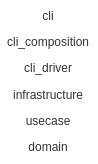
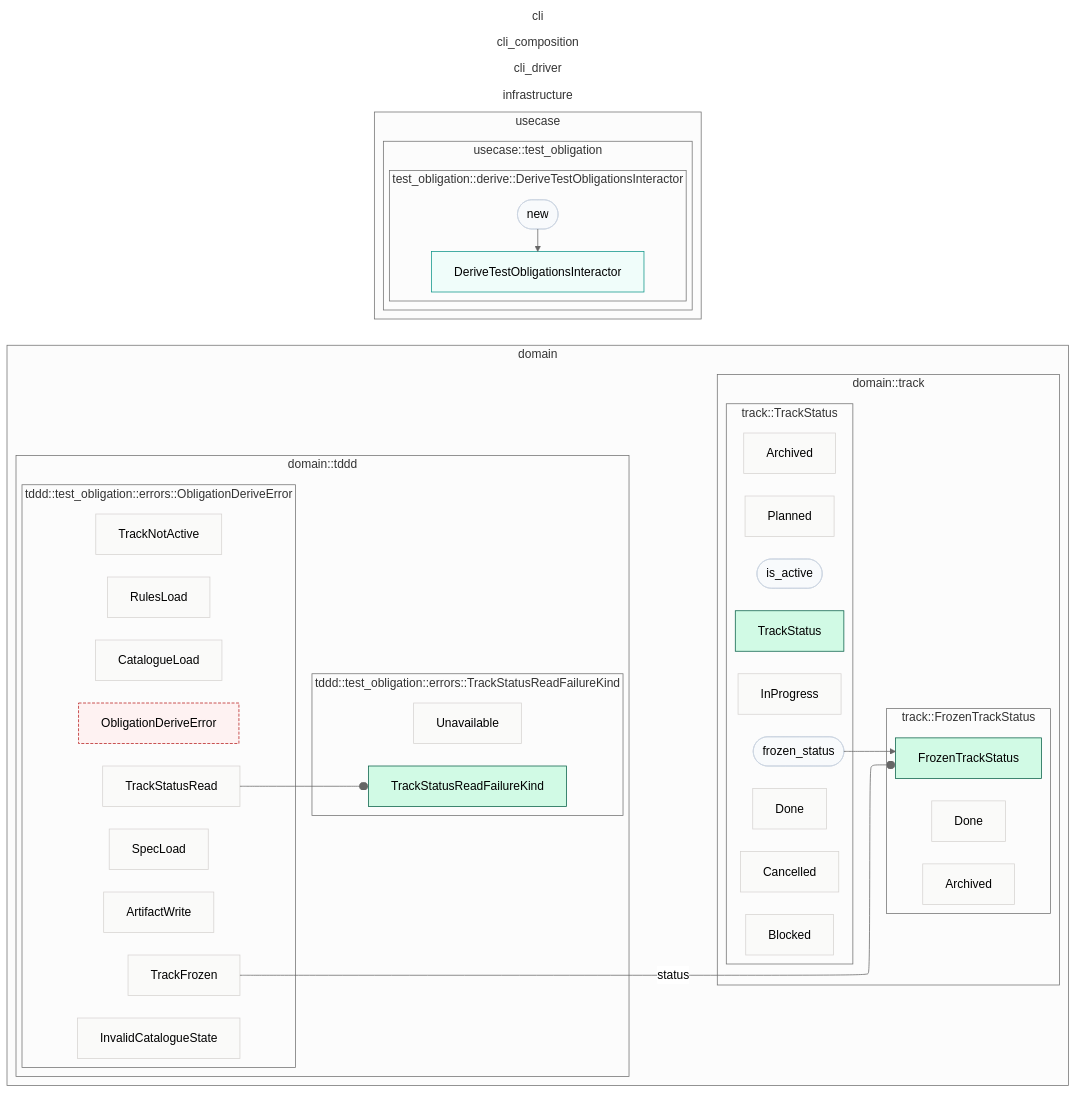
One commit to Flip451/SoTOHE-core changed the diagram in track/items/2026-08-01-deterministic-json-serialization/contract-map.md. Above: the diagram before and after it, drawn with Mermaid (neutral theme). The commit also changed 37 other files, not shown here.

Commit message:
feat(json): stabilize TDDD artifact serialization

````diff
--- a/track/items/2026-08-01-deterministic-json-serialization/contract-map.md
+++ b/track/items/2026-08-01-deterministic-json-serialization/contract-map.md
@@ -34,9 +34,58 @@
 classDef variant_node fill:#fafaf9,stroke:#d6d3d1,stroke-width:1px
 subgraph domain["domain"]
   direction TB
+  subgraph domain_domain_module_tddd["domain::tddd"]
+    direction TB
+  subgraph T35_domain_domain_ObligationDeriveError["tddd::test_obligation::errors::ObligationDeriveError"]
+    direction TB
+    T35_domain_domain_ObligationDeriveError__self[ObligationDeriveError]
+    T35_domain_domain_ObligationDeriveError_RulesLoad[RulesLoad]
+    T35_domain_domain_ObligationDeriveError_TrackNotActive[TrackNotActive]
+    T35_domain_domain_ObligationDeriveError_TrackFrozen[TrackFrozen]
+    T35_domain_domain_ObligationDeriveError_TrackStatusRead[TrackStatusRead]
+    T35_domain_domain_ObligationDeriveError_CatalogueLoad[CatalogueLoad]
+    T35_domain_domain_ObligationDeriveError_SpecLoad[SpecLoad]
+    T35_domain_domain_ObligationDeriveError_InvalidCatalogueState[InvalidCatalogueState]
+    T35_domain_domain_ObligationDeriveError_ArtifactWrite[ArtifactWrite]
+  end
+  subgraph T40_domain_domain_TrackStatusReadFailureKind["tddd::test_obligation::errors::TrackStatusReadFailureKind"]
+    direction TB
+    T40_domain_domain_TrackStatusReadFailureKind__self[TrackStatusReadFailureKind]
+    T40_domain_domain_TrackStatusReadFailureKind_Unavailable[Unavailable]
+  end
+  end
+  subgraph domain_domain_module_track["domain::track"]
+    direction TB
+  subgraph T31_domain_domain_FrozenTrackStatus["track::FrozenTrackStatus"]
+    direction TB
+    T31_domain_domain_FrozenTrackStatus__self[FrozenTrackStatus]
+    T31_domain_domain_FrozenTrackStatus_Done[Done]
+    T31_domain_domain_FrozenTrackStatus_Archived[Archived]
+  end
+  subgraph T25_domain_domain_TrackStatus["track::TrackStatus"]
+    direction TB
+    T25_domain_domain_TrackStatus__self[TrackStatus]
+    T25_domain_domain_TrackStatus_Planned[Planned]
+    T25_domain_domain_TrackStatus_InProgress[InProgress]
+    T25_domain_domain_TrackStatus_Done[Done]
+    T25_domain_domain_TrackStatus_Blocked[Blocked]
+    T25_domain_domain_TrackStatus_Cancelled[Cancelled]
+    T25_domain_domain_TrackStatus_Archived[Archived]
+    T25_domain_domain_TrackStatus_is_active([is_active])
+    T25_domain_domain_TrackStatus_frozen_status([frozen_status])
+  end
+  end
 end
 subgraph usecase["usecase"]
   direction TB
+  subgraph usecase_usecase_module_test_obligation["usecase::test_obligation"]
+    direction TB
+  subgraph T47_usecase_usecase_DeriveTestObligationsInteractor["test_obligation::derive::DeriveTestObligationsInteractor"]
+    direction TB
+    T47_usecase_usecase_DeriveTestObligationsInteractor__self[DeriveTestObligationsInteractor]
+    T47_usecase_usecase_DeriveTestObligationsInteractor_new([new])
+  end
+  end
 end
 subgraph infrastructure["infrastructure"]
   direction TB
@@ -50,4 +99,33 @@
 subgraph cli["cli"]
   direction TB
 end
+T35_domain_domain_ObligationDeriveError_TrackFrozen --o|status| T31_domain_domain_FrozenTrackStatus__self
+T35_domain_domain_ObligationDeriveError_TrackStatusRead --o T40_domain_domain_TrackStatusReadFailureKind__self
+T25_domain_domain_TrackStatus_frozen_status --> T31_domain_domain_FrozenTrackStatus__self
+T47_usecase_usecase_DeriveTestObligationsInteractor_new --> T47_usecase_usecase_DeriveTestObligationsInteractor__self
+class T35_domain_domain_ObligationDeriveError_RulesLoad variant_node
+class T35_domain_domain_ObligationDeriveError_TrackNotActive variant_node
+class T35_domain_domain_ObligationDeriveError_TrackFrozen variant_node
+class T35_domain_domain_ObligationDeriveError_TrackStatusRead variant_node
+class T35_domain_domain_ObligationDeriveError_CatalogueLoad variant_node
+class T35_domain_domain_ObligationDeriveError_SpecLoad variant_node
+class T35_domain_domain_ObligationDeriveError_InvalidCatalogueState variant_node
+class T35_domain_domain_ObligationDeriveError_ArtifactWrite variant_node
+class T35_domain_domain_ObligationDeriveError__self error_type
+class T40_domain_domain_TrackStatusReadFailureKind_Unavailable variant_node
+class T40_domain_domain_TrackStatusReadFailureKind__self value_object
+class T31_domain_domain_FrozenTrackStatus_Done variant_node
+class T31_domain_domain_FrozenTrackStatus_Archived variant_node
+class T31_domain_domain_FrozenTrackStatus__self value_object
+class T25_domain_domain_TrackStatus_Planned variant_node
+class T25_domain_domain_TrackStatus_InProgress variant_node
+class T25_domain_domain_TrackStatus_Done variant_node
+class T25_domain_domain_TrackStatus_Blocked variant_node
+class T25_domain_domain_TrackStatus_Cancelled variant_node
+class T25_domain_domain_TrackStatus_Archived variant_node
+class T25_domain_domain_TrackStatus_is_active method_node
+class T25_domain_domain_TrackStatus_frozen_status method_node
+class T25_domain_domain_TrackStatus__self value_object
+class T47_usecase_usecase_DeriveTestObligationsInteractor_new method_node
+class T47_usecase_usecase_DeriveTestObligationsInteractor__self interactor
 ```
````
